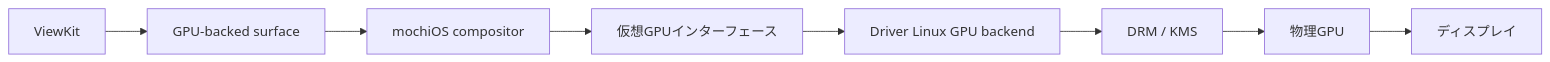
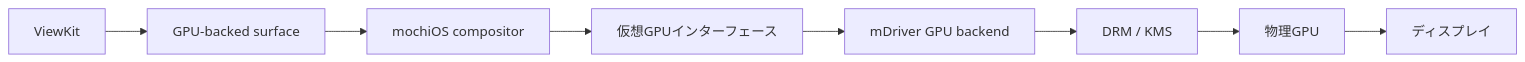
Before and after one commit to mochiOS/mochiOS: the seventh of 9 diagrams in docs/mboot/about.md, drawn with Mermaid. The commit also changed other lines of this file and 1 other file, not shown here.

Commit message:
Integrate the mDriver workspace build

````diff
--- a/docs/mboot/about.md
+++ b/docs/mboot/about.md
@@ -235,10 +235,10 @@
 ```mermaid
 flowchart LR
     viewkit[ViewKit] --> surface[GPU-backed surface]
     surface --> compositor[mochiOS compositor]
     compositor --> vgpu[仮想GPUインターフェース]
-    vgpu --> backend[Driver Linux GPU backend]
+    vgpu --> backend[mDriver GPU backend]
     backend --> drm[DRM / KMS]
     drm --> gpu[物理GPU]
     gpu --> display[ディスプレイ]
 ```
````
